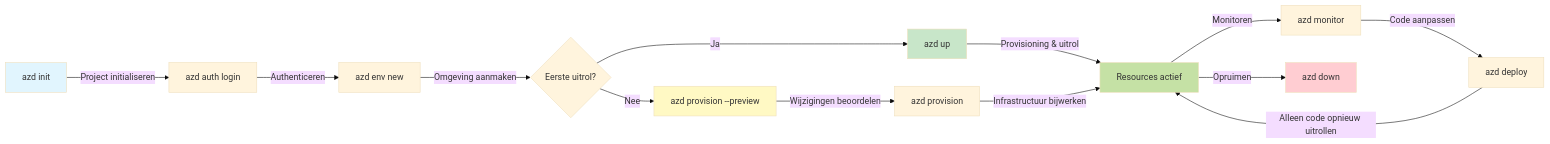
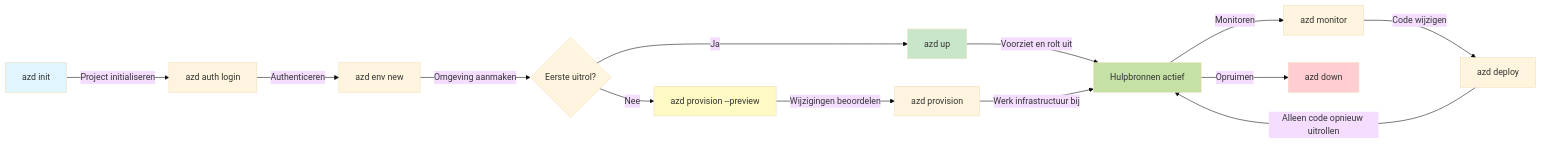
One commit to microsoft/AZD-for-beginners changed the first of 2 diagrams in translations/nl/docs/chapter-01-foundation/azd-basics.md. Above: the diagram before and after it, drawn with Mermaid (base theme). The commit also changed other lines of this file and 101 other files, not shown here.

````diff
--- a/translations/nl/docs/chapter-01-foundation/azd-basics.md
+++ b/translations/nl/docs/chapter-01-foundation/azd-basics.md
@@ -254,21 +269,21 @@
 ```mermaid
 graph LR
     A[azd init] -->|Project initialiseren| B[azd auth login]
     B -->|Authenticeren| C[azd env new]
     C -->|Omgeving aanmaken| D{Eerste uitrol?}
     D -->|Ja| E[azd up]
     D -->|Nee| F[azd provision --preview]
     F -->|Wijzigingen beoordelen| G[azd provision]
-    E -->|Provisioning & uitrol| H[Resources actief]
-    G -->|Infrastructuur bijwerken| H
+    E -->|Voorziet en rolt uit| H[Hulpbronnen actief]
+    G -->|Werk infrastructuur bij| H
     H -->|Monitoren| I[azd monitor]
-    I -->|Code aanpassen| J[azd deploy]
+    I -->|Code wijzigen| J[azd deploy]
     J -->|Alleen code opnieuw uitrollen| H
     H -->|Opruimen| K[azd down]
     
     style A fill:#e1f5fe
     style E fill:#c8e6c9
     style F fill:#fff9c4
     style H fill:#c5e1a5
     style K fill:#ffcdd2
 ```
````
